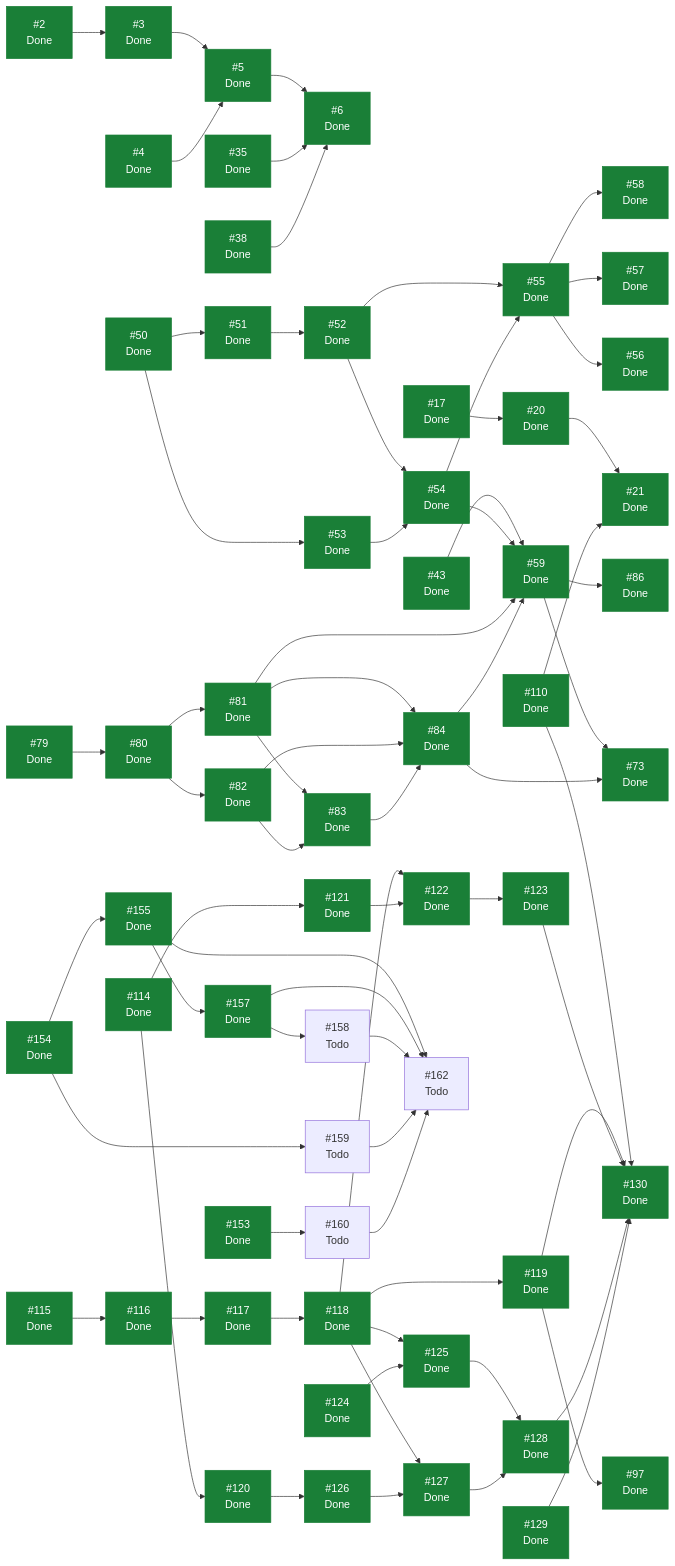
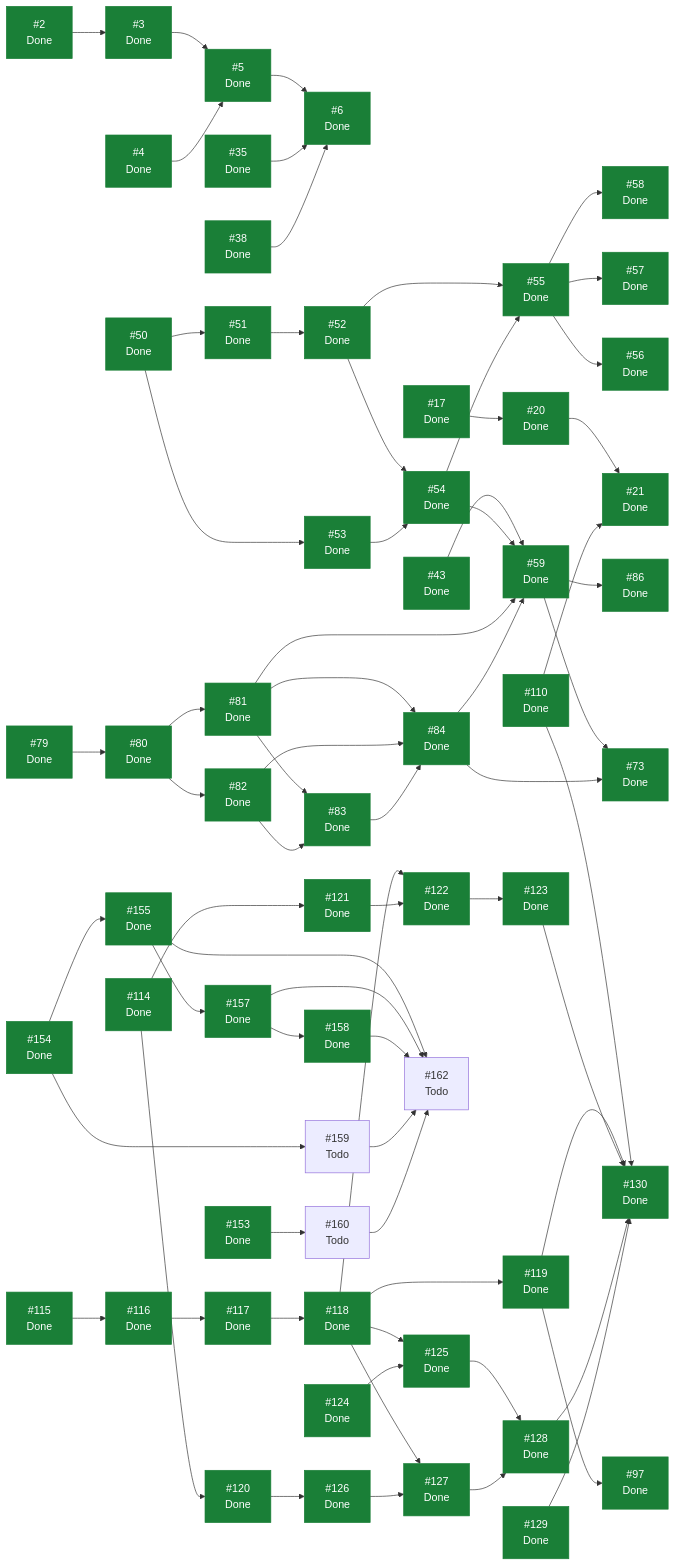
One commit to ecamp0s/evault changed the diagram in docs/planning/STATUS.md. Above: the diagram before and after it, drawn with Mermaid. The commit also changed other lines of this file, not shown here.

````diff
--- a/docs/planning/STATUS.md
+++ b/docs/planning/STATUS.md
@@ -214,7 +213,7 @@
   I154["#154<br/>Done"]
   I155["#155<br/>Done"]
   I157["#157<br/>Done"]
-  I158["#158<br/>Todo"]
+  I158["#158<br/>Done"]
   I159["#159<br/>Todo"]
   I160["#160<br/>Todo"]
   I162["#162<br/>Todo"]
@@ -285,5 +284,5 @@
   I159 --> I162
   I160 --> I162
   classDef hecho fill:#1a7f37,stroke:#1a7f37,color:#fff;
-  class I2,I3,I4,I5,I6,I17,I20,I21,I35,I38,I43,I50,I51,I52,I53,I54,I55,I56,I57,I58,I59,I73,I79,I80,I81,I82,I83,I84,I86,I97,I110,I114,I115,I116,I117,I118,I119,I120,I121,I122,I123,I124,I125,I126,I127,I128,I129,I130,I153,I154,I155,I157 hecho;
+  class I2,I3,I4,I5,I6,I17,I20,I21,I35,I38,I43,I50,I51,I52,I53,I54,I55,I56,I57,I58,I59,I73,I79,I80,I81,I82,I83,I84,I86,I97,I110,I114,I115,I116,I117,I118,I119,I120,I121,I122,I123,I124,I125,I126,I127,I128,I129,I130,I153,I154,I155,I157,I158 hecho;
 ```
````
